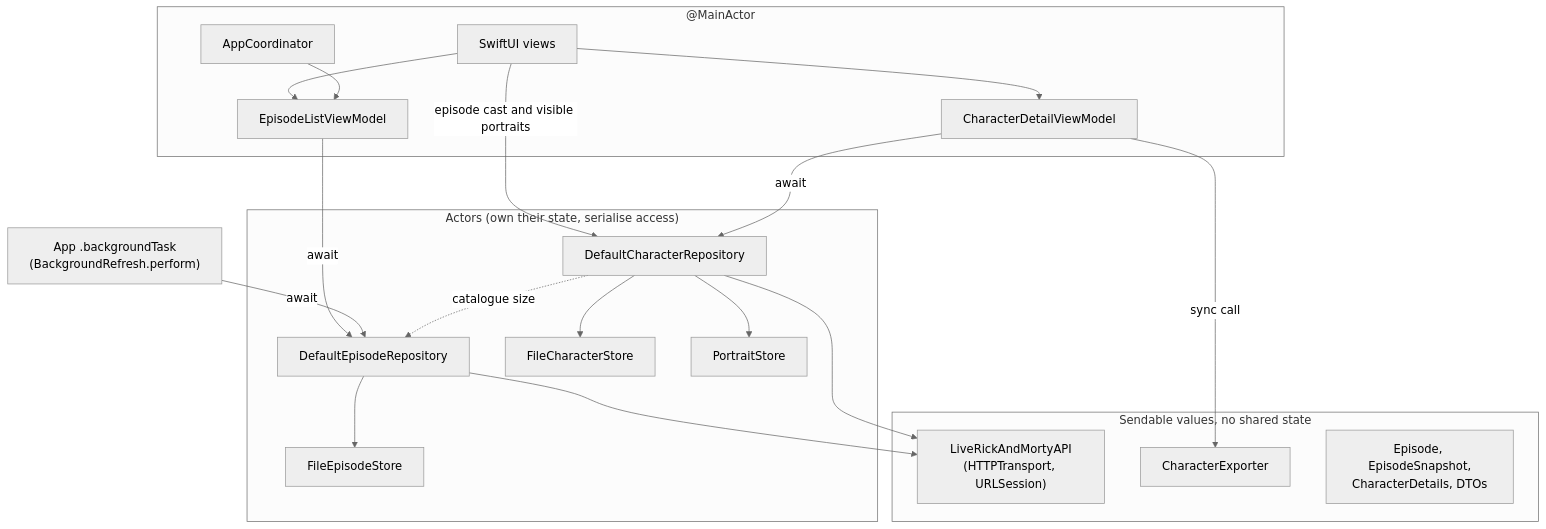
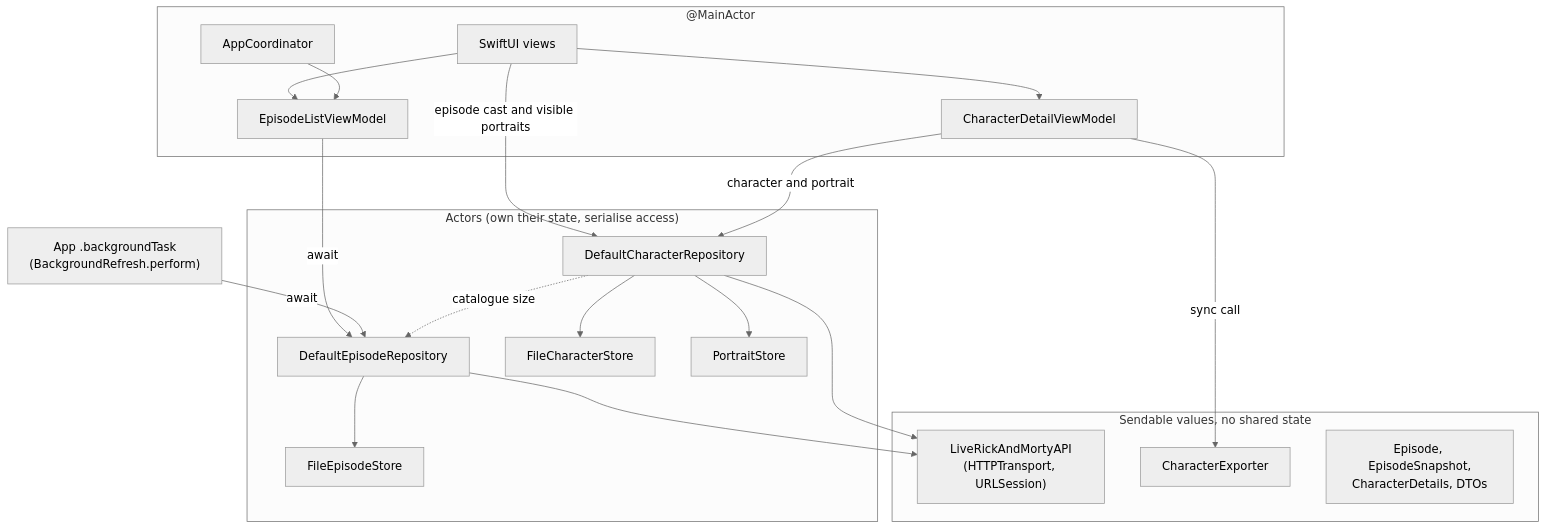
Before and after one commit to felixinjapan/rick-and-morty-episodes: the fourth of 4 diagrams in docs/architecture.md, drawn with Mermaid (neutral theme). The commit also changed 4 other files, not shown here.

Commit message:
Move detail portrait loading into the view model

````diff
--- a/docs/architecture.md
+++ b/docs/architecture.md
@@ -92,40 +92,40 @@
 ```mermaid
 flowchart TD
     subgraph Main["@MainActor"]
         Views[SwiftUI views]
         ListVM[EpisodeListViewModel]
         DetailVM[CharacterDetailViewModel]
         Coord[AppCoordinator]
     end
 
     subgraph Actors["Actors (own their state, serialise access)"]
         EpRepo[DefaultEpisodeRepository]
         ChRepo[DefaultCharacterRepository]
         EpStore[FileEpisodeStore]
         ChStore[FileCharacterStore]
         Portraits[PortraitStore]
     end
 
     subgraph Values["Sendable values, no shared state"]
         API["LiveRickAndMortyAPI<br/>(HTTPTransport, URLSession)"]
         Exporter[CharacterExporter]
         Types["Episode, EpisodeSnapshot,<br/>CharacterDetails, DTOs"]
     end
 
     BG["App .backgroundTask<br/>(BackgroundRefresh.perform)"]
 
     Views --> ListVM
     Views --> DetailVM
     Views -->|episode cast and visible portraits| ChRepo
     Coord --> ListVM
     ListVM -- await --> EpRepo
-    DetailVM -- await --> ChRepo
+    DetailVM -- "character and portrait" --> ChRepo
     DetailVM -- "sync call" --> Exporter
     BG -- await --> EpRepo
     EpRepo --> API
     EpRepo --> EpStore
     ChRepo --> API
     ChRepo --> ChStore
     ChRepo --> Portraits
     ChRepo -. "catalogue size" .-> EpRepo
 ```
````
